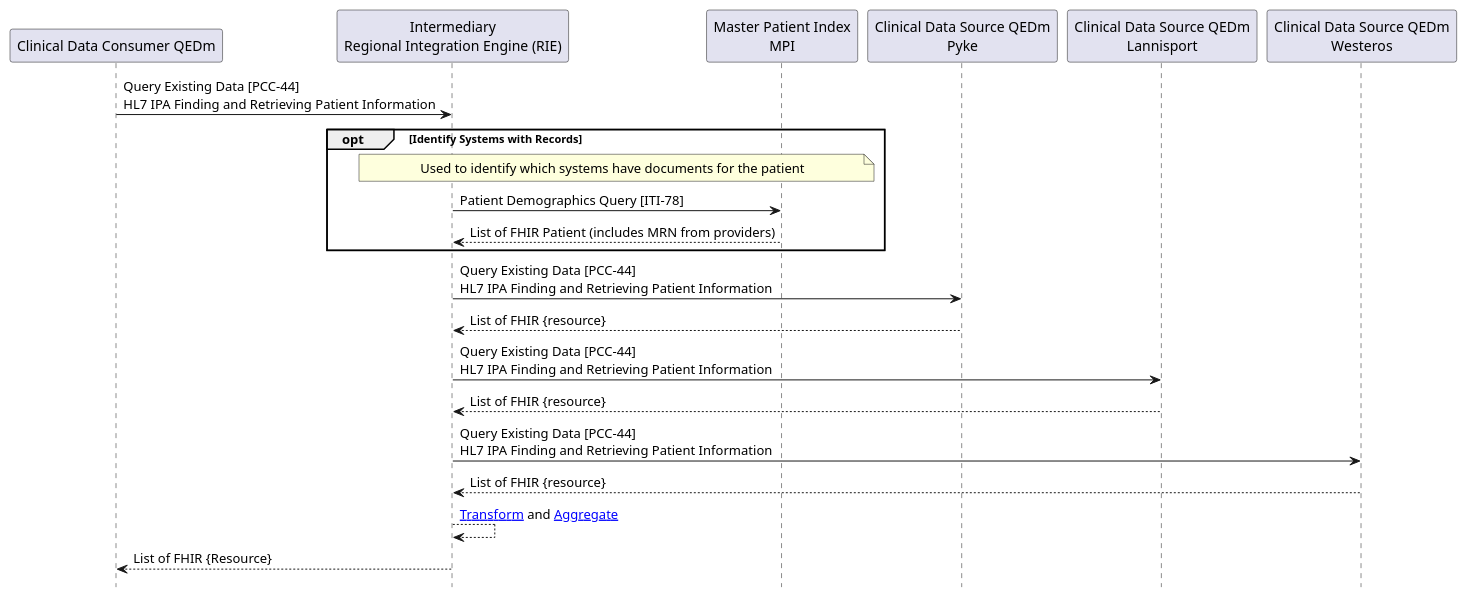
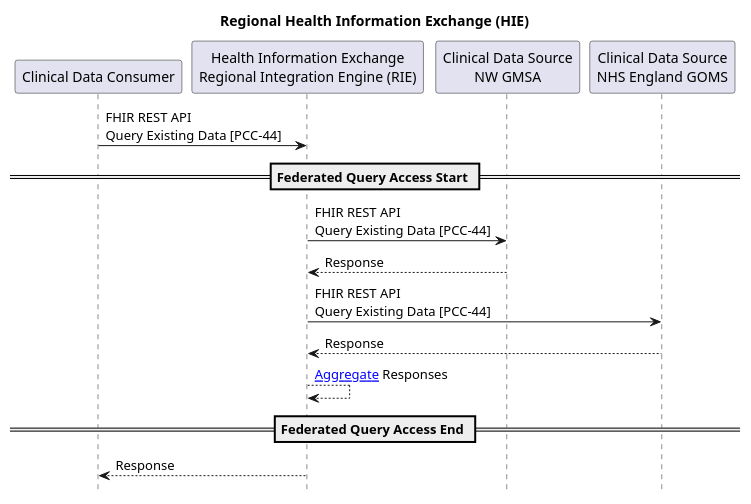
Before and after one commit to nw-gmsa/nw-gmsa.github.com: the diagram in input/images-source/HIE-QEDm-Federated-Sequence.plantuml, drawn with PlantUML. The commit also changed 1 other file, not shown here.

Commit message:
SpecimenExample.fsh  converted to message

```diff
--- a/input/images-source/HIE-QEDm-Federated-Sequence.plantuml
+++ b/input/images-source/HIE-QEDm-Federated-Sequence.plantuml
@@ -1,40 +1,32 @@
   @startuml
 
   skinparam svgDimensionStyle false
 
+  title "Regional Health Information Exchange (HIE)"
+
   hide footbox
 
-  participant "Clinical Data Consumer QEDm" as DocumentConsumer
+  participant "Clinical Data Consumer" as DocumentConsumer
 
-  participant "Intermediary\nRegional Integration Engine (RIE)" as RIE
+  participant "Health Information Exchange\nRegional Integration Engine (RIE)" as RIE
 
-  participant "Master Patient Index\nMPI" as MPI
+  participant "Clinical Data Source\nNW GMSA" as CDR1
 
-  participant "Clinical Data Source QEDm\nPyke" as XDS1
+  participant "Clinical Data Source\nNHS England GOMS" as CDR2
 
-  participant "Clinical Data Source QEDm\nLannisport" as XDS2
+  DocumentConsumer -> RIE : FHIR REST API\nQuery Existing Data [PCC-44]
 
-  participant "Clinical Data Source QEDm\nWesteros" as IPA
+== Federated Query Access Start ==
 
-  DocumentConsumer -> RIE : Query Existing Data [PCC-44]\nHL7 IPA Finding and Retrieving Patient Information
+  RIE -> CDR1 : FHIR REST API\nQuery Existing Data [PCC-44]
+  CDR1 --> RIE: Response
 
-  opt Identify Systems with Records
-    note over RIE, MPI: Used to identify which systems have documents for the patient
-    RIE -> MPI: Patient Demographics Query [ITI-78]
-    MPI --> RIE: List of FHIR Patient (includes MRN from providers)
-  end
+  RIE -> CDR2 : FHIR REST API\nQuery Existing Data [PCC-44]
+  CDR2 --> RIE: Response
 
-  RIE -> XDS1 : Query Existing Data [PCC-44]\nHL7 IPA Finding and Retrieving Patient Information
-  XDS1 --> RIE: List of FHIR {resource}
+  RIE --> RIE: [[https://www.enterpriseintegrationpatterns.com/patterns/messaging/Aggregator.html Aggregate]] Responses
+== Federated Query Access End ==
 
-  RIE -> XDS2 : Query Existing Data [PCC-44]\nHL7 IPA Finding and Retrieving Patient Information
-  XDS2 --> RIE: List of FHIR {resource}
-
-  RIE -> IPA : Query Existing Data [PCC-44]\nHL7 IPA Finding and Retrieving Patient Information
-  IPA --> RIE: List of FHIR {resource}
-
-  RIE --> RIE: [[https://www.enterpriseintegrationpatterns.com/patterns/messaging/MessageTranslator.html Transform]] and [[https://www.enterpriseintegrationpatterns.com/patterns/messaging/Aggregator.html Aggregate]]
-
-  RIE --> DocumentConsumer: List of FHIR {Resource}
+  RIE --> DocumentConsumer: Response
 
   @enduml
```
